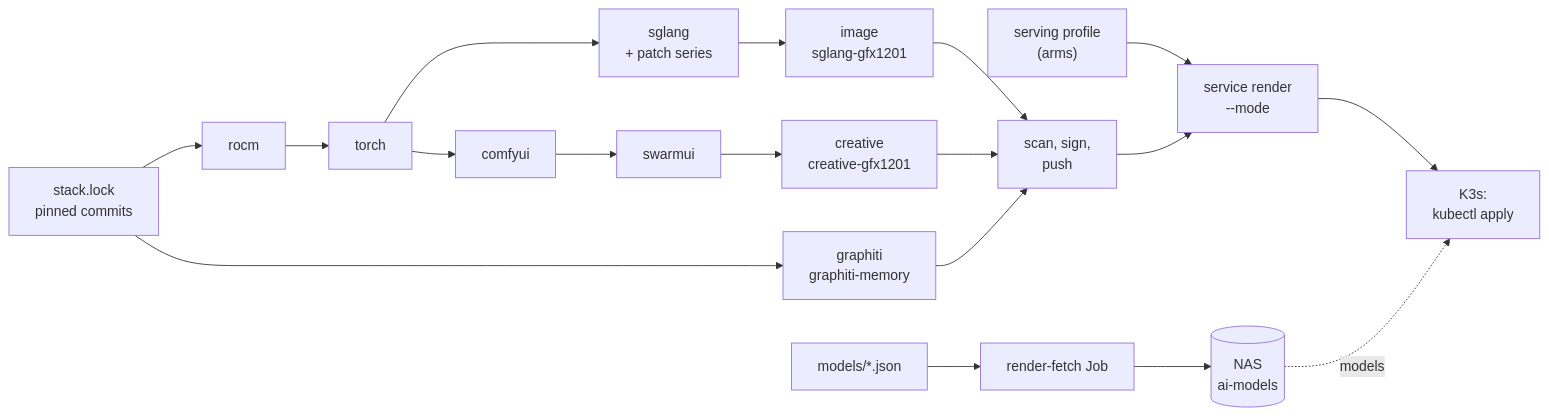
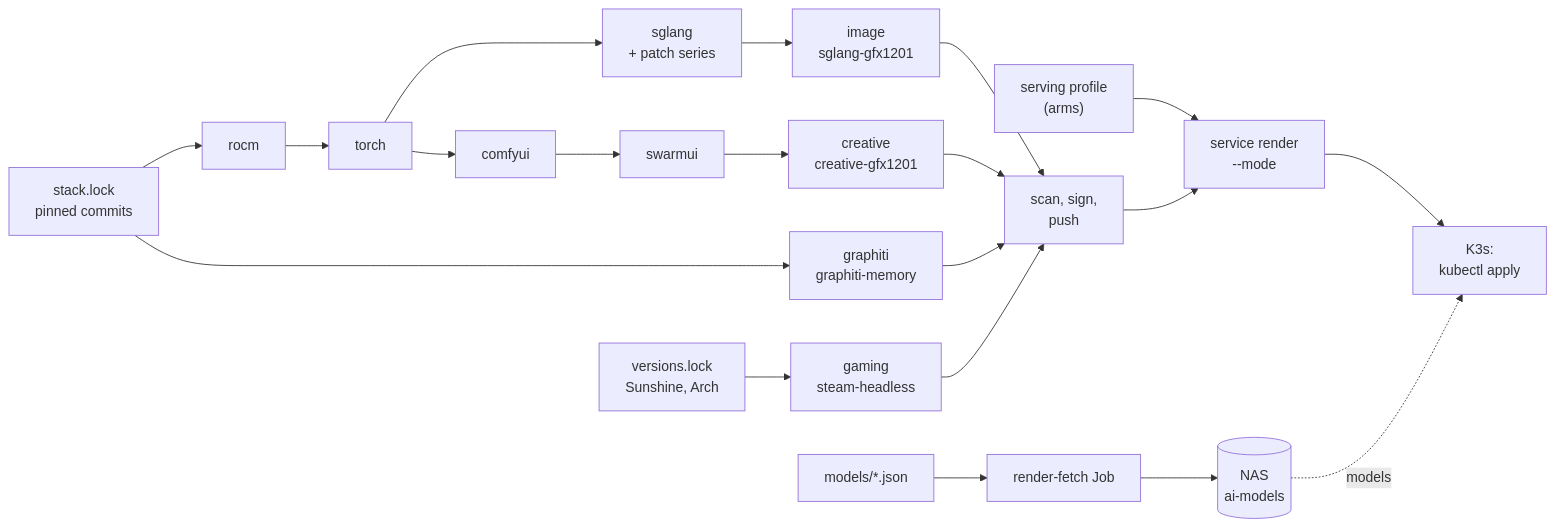
The diagram in infrastructure/ai-stack/README.md (Drgr33nSenior/ArchLinuxThreadripper), drawn with Mermaid before and after one commit. The commit also changed other lines of this file and 16 other files, not shown here.

````diff
--- a/infrastructure/ai-stack/README.md
+++ b/infrastructure/ai-stack/README.md
@@ -16,14 +16,16 @@
 ```mermaid
 flowchart LR
   lock["stack.lock<br/>pinned commits"] --> rocm["rocm"] --> torch["torch"] --> sgl["sglang<br/>+ patch series"] --> img["image<br/>sglang-gfx1201"]
   torch --> comfy["comfyui"] --> swarm["swarmui"] --> creative["creative<br/>creative-gfx1201"]
   lock --> graphiti["graphiti<br/>graphiti-memory"]
+  vlock["versions.lock<br/>Sunshine, Arch"] --> gaming["gaming<br/>steam-headless"]
   img --> sign["scan, sign,<br/>push"]
   creative --> sign
   graphiti --> sign
+  gaming --> sign
   cat["models/*.json"] --> fetch["render-fetch Job"] --> nas[("NAS<br/>ai-models")]
   profile["serving profile<br/>(arms)"] --> render["service render<br/>--mode"]
   sign --> render
   render --> k3s["K3s:<br/>kubectl apply"]
   nas -.->|"models"| k3s
 ```
````
